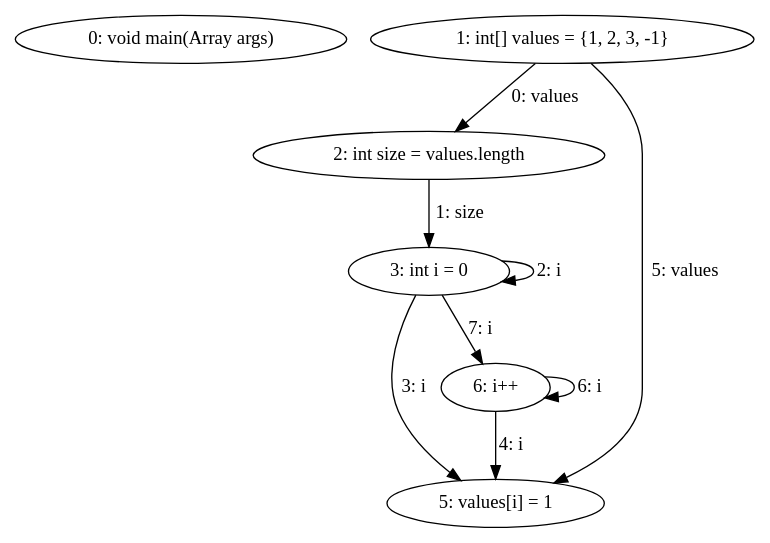
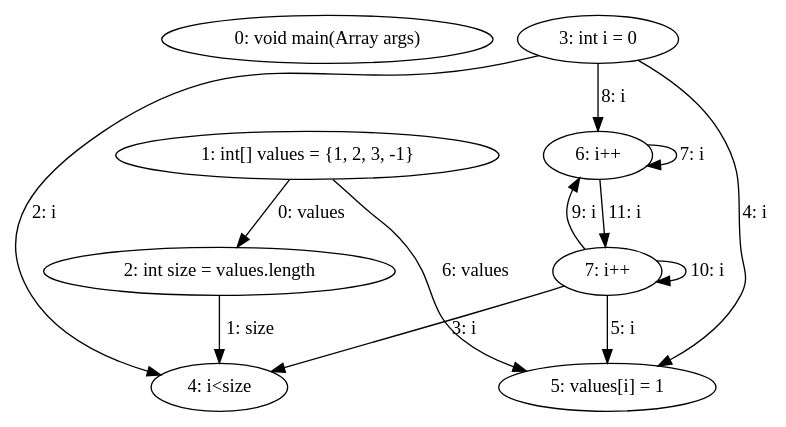
One commit to DominguesGM/comp_astanalyze changed the diagram in export/for_example_dfg.dot. Above: the diagram before and after it, drawn with Graphviz. The commit also changed 16 other files, not shown here.

```diff
--- a/export/for_example_dfg.dot
+++ b/export/for_example_dfg.dot
@@ -1,16 +1,22 @@
 digraph G {
   1 [ label="0: void main(Array args)" ];
   2 [ label="1: int[] values = {1, 2, 3, -1}" ];
   3 [ label="2: int size = values.length" ];
   4 [ label="3: int i = 0" ];
-  5 [ label="5: values[i] = 1" ];
-  6 [ label="6: i++" ];
+  5 [ label="4: i<size" ];
+  6 [ label="5: values[i] = 1" ];
+  7 [ label="6: i++" ];
+  8 [ label="7: i++" ];
   2 -> 3 [ label="0: values" ];
-  3 -> 4 [ label="1: size" ];
-  4 -> 4 [ label="2: i" ];
-  4 -> 5 [ label="3: i" ];
-  6 -> 5 [ label="4: i" ];
-  2 -> 5 [ label="5: values" ];
-  6 -> 6 [ label="6: i" ];
-  4 -> 6 [ label="7: i" ];
+  3 -> 5 [ label="1: size" ];
+  4 -> 5 [ label="2: i" ];
+  8 -> 5 [ label="3: i" ];
+  4 -> 6 [ label="4: i" ];
+  8 -> 6 [ label="5: i" ];
+  2 -> 6 [ label="6: values" ];
+  7 -> 7 [ label="7: i" ];
+  4 -> 7 [ label="8: i" ];
+  8 -> 7 [ label="9: i" ];
+  8 -> 8 [ label="10: i" ];
+  7 -> 8 [ label="11: i" ];
 }
```
